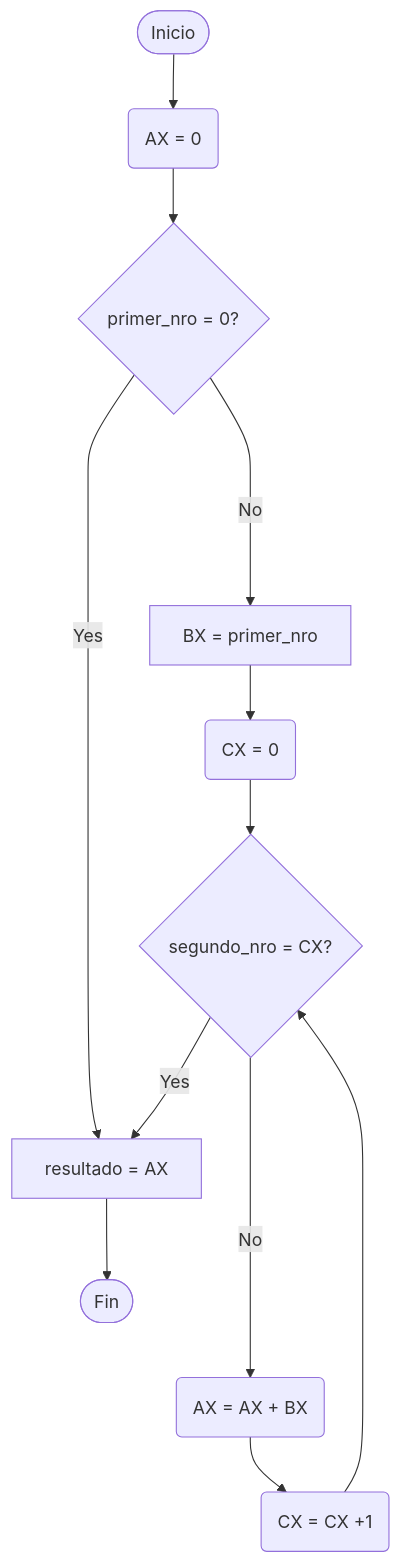
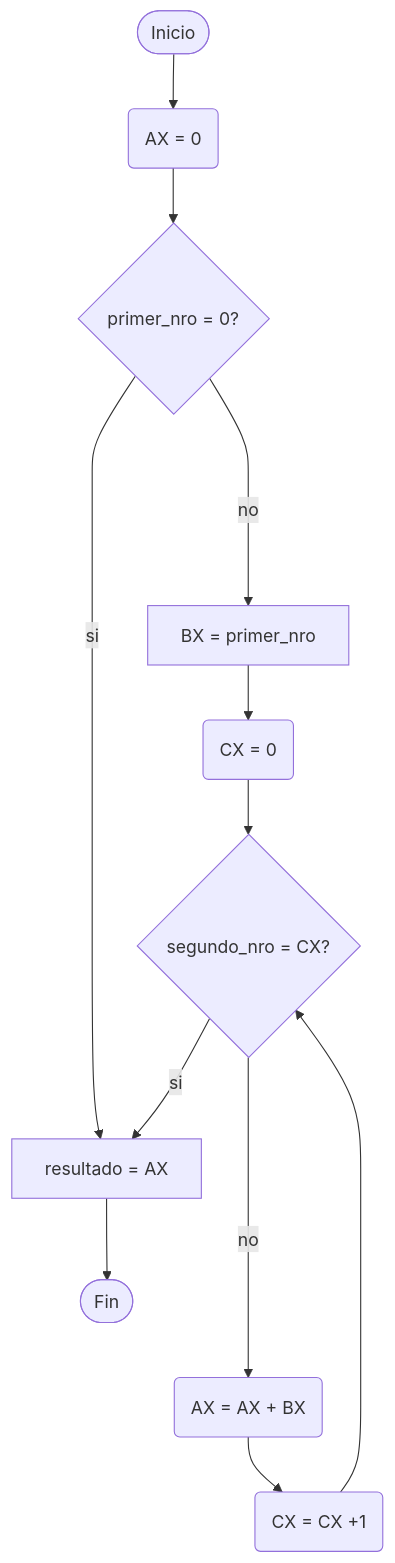
Before and after one commit to pablo-origlia/arqPC: the first of 2 diagrams in docs/README.md, drawn with Mermaid. The commit also changed other lines of this file, not shown here.

````diff
--- a/docs/README.md
+++ b/docs/README.md
@@ -73,15 +73,15 @@
 ```mermaid
 flowchart TD
     A([Inicio]) --> B(AX = 0) 
     B --> C{primer_nro = 0?}
-    C -->|Yes| D[resultado = AX]
-    C ---->|No| E[BX = primer_nro]
+    C -->|si| D[resultado = AX]
+    C ---->|no| E[BX = primer_nro]
     E --> F(CX = 0)
     F --> G{segundo_nro = CX?}
-    G -->|Yes| D
-    G ---->|No| H(AX = AX + BX)
+    G -->|si| D
+    G ---->|no| H(AX = AX + BX)
     H --> I(CX = CX +1)
     I --> G
     D --> Z([Fin])
 
 ```
````
